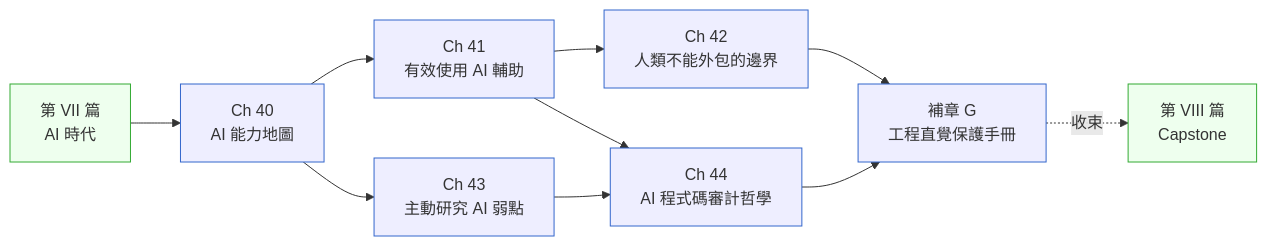
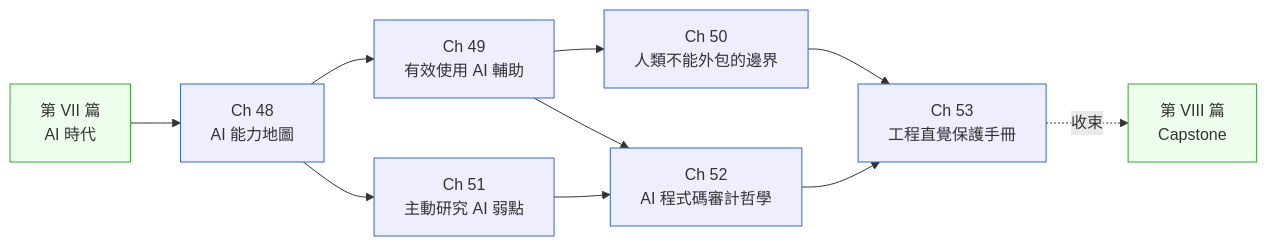
The diagram in book/part-09-human-engineer/00-overview.md (EddyKuo/sa-sd-playbook), drawn with Mermaid before and after one commit. The commit also changed other lines of this file and 77 other files, not shown here.

````diff
--- a/book/part-09-human-engineer/00-overview.md
+++ b/book/part-09-human-engineer/00-overview.md
@@ -24,20 +24,20 @@
 ```mermaid
 flowchart LR
     VII[第 VII 篇<br/>AI 時代] --> CH40
 
-    CH40[Ch 40<br/>AI 能力地圖] --> CH41[Ch 41<br/>有效使用 AI 輔助]
-    CH40 --> CH43[Ch 43<br/>主動研究 AI 弱點]
-    CH41 --> CH42[Ch 42<br/>人類不能外包的邊界]
-    CH41 --> CH44[Ch 44<br/>AI 程式碼審計哲學]
-    CH42 --> CHG[補章 G<br/>工程直覺保護手冊]
+    CH40[Ch 48<br/>AI 能力地圖] --> CH41[Ch 49<br/>有效使用 AI 輔助]
+    CH40 --> CH43[Ch 51<br/>主動研究 AI 弱點]
+    CH41 --> CH42[Ch 50<br/>人類不能外包的邊界]
+    CH41 --> CH44[Ch 52<br/>AI 程式碼審計哲學]
+    CH42 --> CHG[Ch 53<br/>工程直覺保護手冊]
     CH44 --> CHG
     CH43 --> CH44
 
     CHG -.收束.-> VIII[第 VIII 篇<br/>Capstone]
 
     classDef cold fill:#eef,stroke:#36c
     classDef goal fill:#efe,stroke:#3a3
     class CH40,CH41,CH42,CH43,CH44,CHG cold
     class VIII goal
     class VII goal
 ```
````
